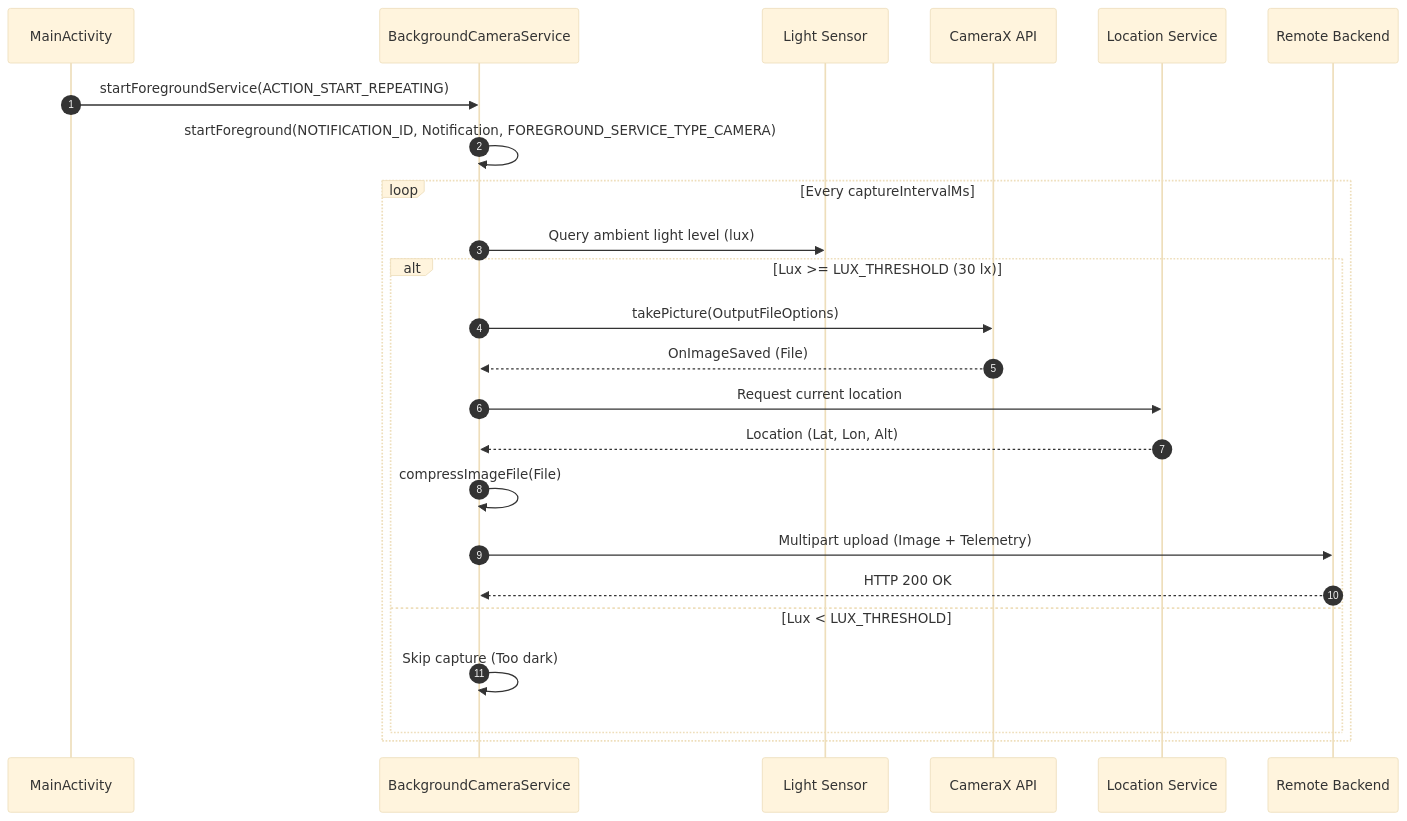
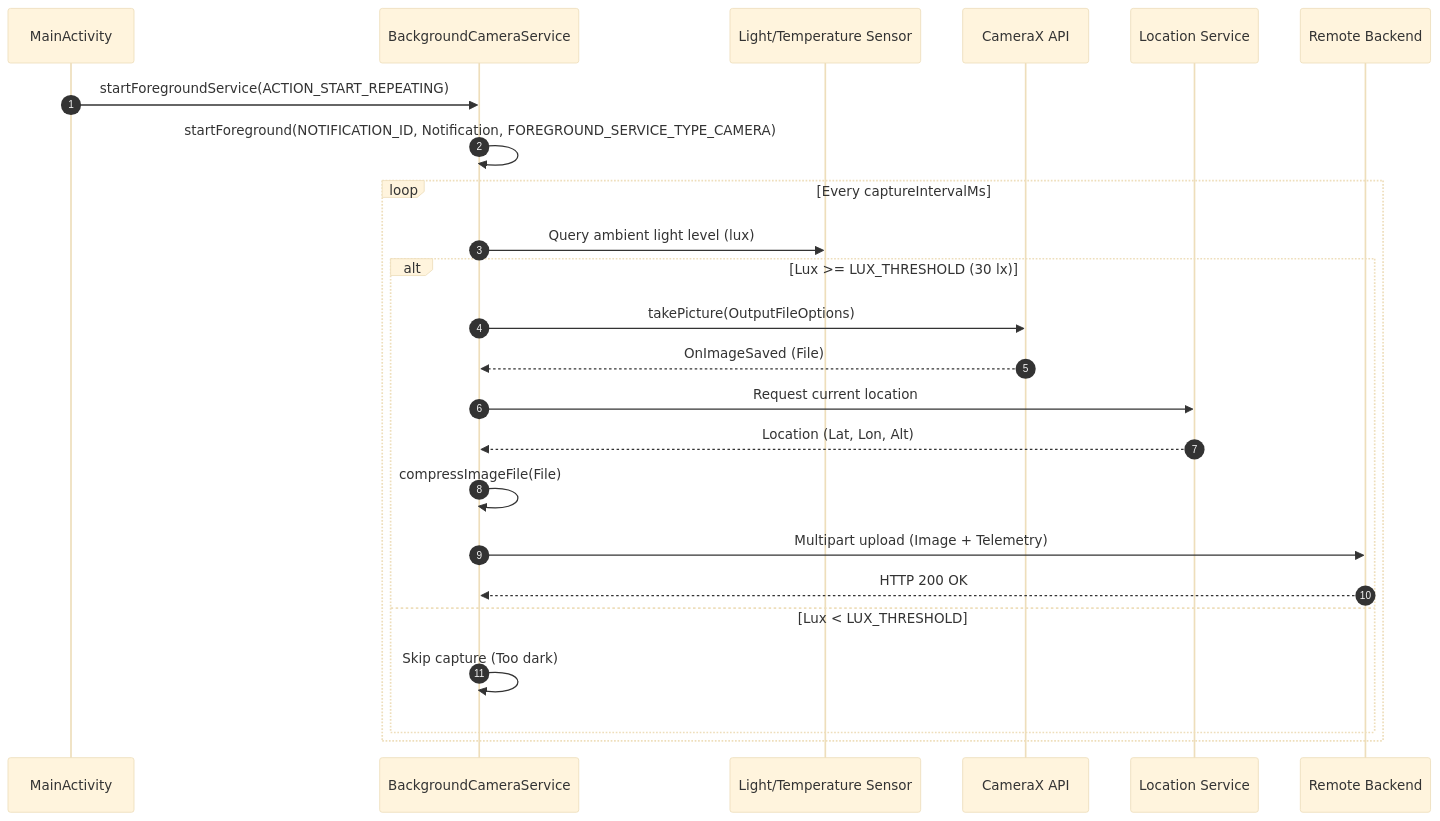
Before and after one commit to alminav/ShareLoc: the second of 2 diagrams in github_wiki.artifact.md, drawn with Mermaid (base theme).

````diff
--- a/github_wiki.artifact.md
+++ b/github_wiki.artifact.md
@@ -117,27 +117,27 @@
 ```mermaid
 sequenceDiagram
     autonumber
     participant App as MainActivity
     participant Service as BackgroundCameraService
-    participant Sensor as Light Sensor
+    participant Sensor as Light/Temperature Sensor
     participant Camera as CameraX API
     participant GPS as Location Service
     participant API as Remote Backend
 
     App->>Service: startForegroundService(ACTION_START_REPEATING)
     Service->>Service: startForeground(NOTIFICATION_ID, Notification, FOREGROUND_SERVICE_TYPE_CAMERA)
     loop Every captureIntervalMs
         Service->>Sensor: Query ambient light level (lux)
         alt Lux >= LUX_THRESHOLD (30 lx)
             Service->>Camera: takePicture(OutputFileOptions)
             Camera-->>Service: OnImageSaved (File)
             Service->>GPS: Request current location
             GPS-->>Service: Location (Lat, Lon, Alt)
             Service->>Service: compressImageFile(File)
             Service->>API: Multipart upload (Image + Telemetry)
             API-->>Service: HTTP 200 OK
         else Lux < LUX_THRESHOLD
             Service->>Service: Skip capture (Too dark)
         end
     end
 ```
````
